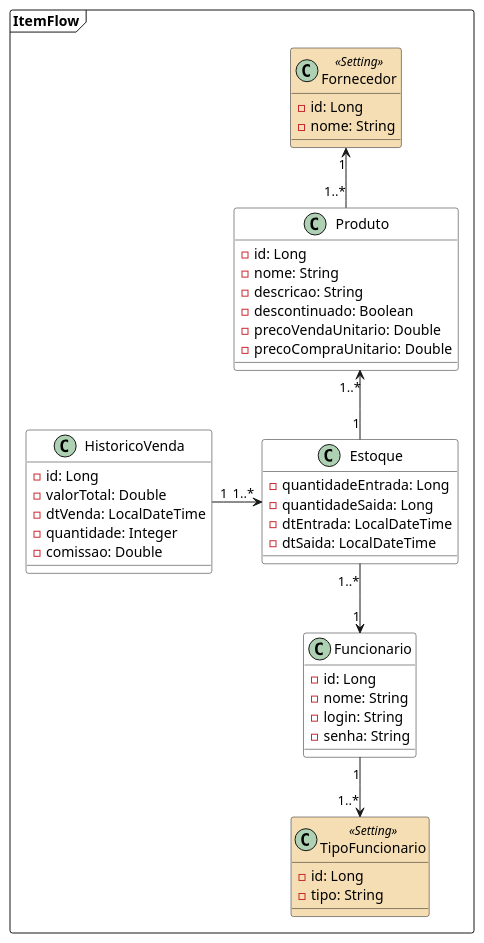
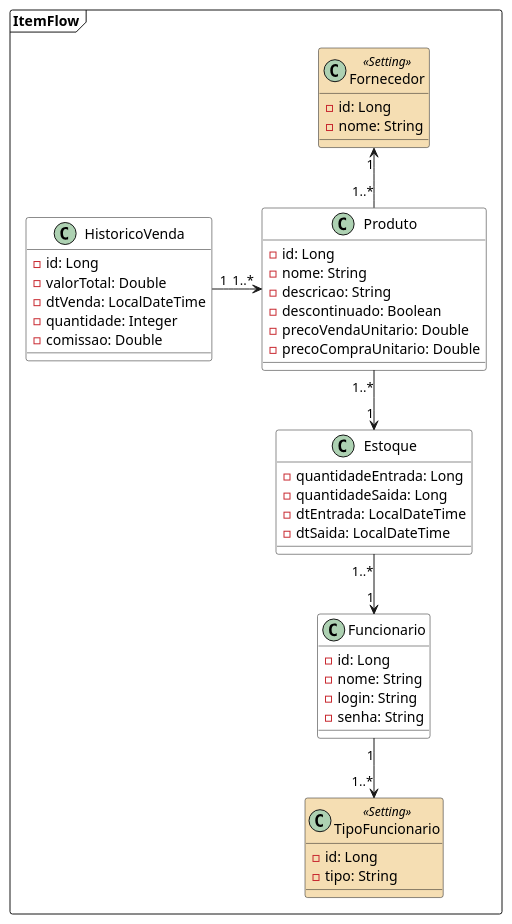
The diagram in src/main/resources/diagramas/class-diagram.puml (lauralves/sistema-stox-spring-boot-angular), drawn with PlantUML before and after one commit. The commit also changed 3 other files, not shown here.

Commit message:
refactor: ajuste no diagrama de classe e script sql para inserção de dados

```diff
--- a/src/main/resources/diagramas/class-diagram.puml
+++ b/src/main/resources/diagramas/class-diagram.puml
@@ -1,62 +1,62 @@
 @startuml
 'https://plantuml.com/class-diagram
 
 skinparam defaultFontName Droid Sans
 skinparam linetype ortho
 skinparam nodesep 50
 skinparam class {
     BackgroundColor White
     BackgroundColor<<Setting>> Wheat
 }
 
 set separator none
 package ItemFlow <<Frame>>{
     class Produto {
         - id: Long
         - nome: String
         - descricao: String
         - descontinuado: Boolean
         - precoVendaUnitario: Double
         - precoCompraUnitario: Double
     }
 
     class Estoque {
          - quantidadeEntrada: Long
          - quantidadeSaida: Long
          - dtEntrada: LocalDateTime
          - dtSaida: LocalDateTime
     }
 
     class Funcionario {
         - id: Long
         - nome: String
         - login: String
         - senha: String
     }
 
     class HistoricoVenda {
         - id: Long
         - valorTotal: Double
         - dtVenda: LocalDateTime
         - quantidade: Integer
         - comissao: Double
 
     }
     class Fornecedor <<Setting>>{
         - id: Long
         - nome: String
     }
     class TipoFuncionario <<Setting>> {
         - id: Long
         - tipo: String
     }
 
 
 Estoque "1..*" --> "1" Funcionario
 Fornecedor "1" <-- "1..*" Produto
 Funcionario "1" --> "1..*" TipoFuncionario
-HistoricoVenda "1" -> "1..*" "Estoque"
-Produto "1..*" <-- "1" Estoque
+HistoricoVenda "1" -> "1..*" "Produto"
+Produto "1..*" --> "1" Estoque
 }
 
 @enduml
```
